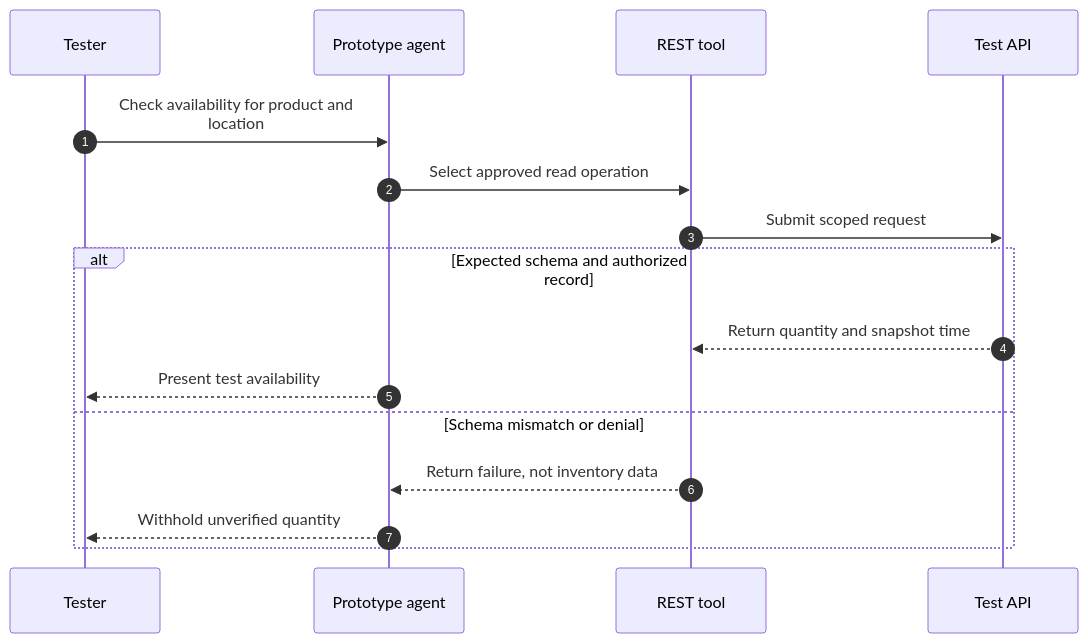
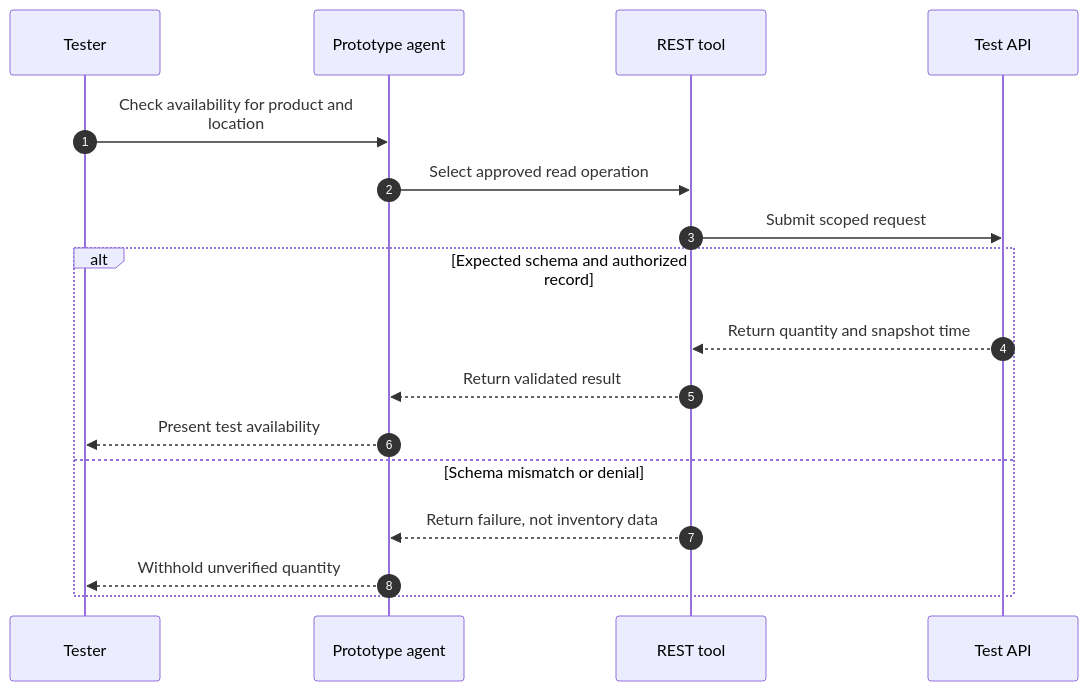
The second of 2 diagrams in technical-patterns/direct-rest-tool.md (abhishek-ai-enabler/copilotstudio-architecture-patterns), drawn with Mermaid before and after one commit. The commit also changed other lines of this file and 41 other files, not shown here.

First line of the commit message:
Review diagrams: add return paths and fix flow accuracy

````diff
--- a/technical-patterns/direct-rest-tool.md
+++ b/technical-patterns/direct-rest-tool.md
@@ -31,19 +32,20 @@
 ```mermaid
 sequenceDiagram
     accTitle: Prototype an agent-local REST tool from OpenAPI - technical flow
     autonumber
     participant U as Tester
     participant A as Prototype agent
     participant T as REST tool
     participant S as Test API
     U->>A: Check availability for product and<br/>location
     A->>T: Select approved read operation
     T->>S: Submit scoped request
     alt Expected schema and authorized record
-        S-->>T: Return quantity and snapshot time
-        A-->>U: Present test availability
+      S-->>T: Return quantity and snapshot time
+      T-->>A: Return validated result
+      A-->>U: Present test availability
     else Schema mismatch or denial
-        T-->>A: Return failure, not inventory data
-        A-->>U: Withhold unverified quantity
+      T-->>A: Return failure, not inventory data
+      A-->>U: Withhold unverified quantity
     end
 ```
````
